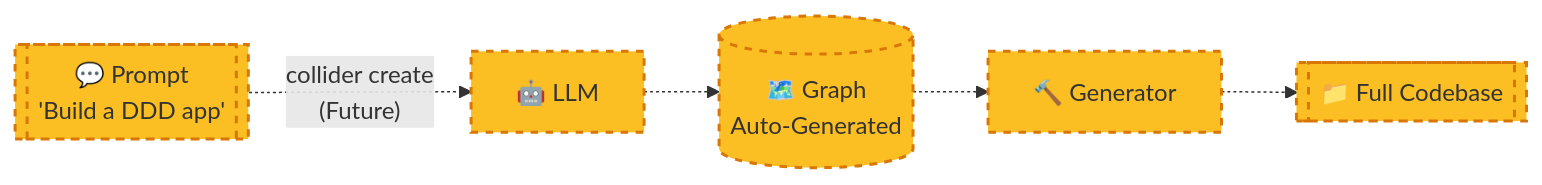
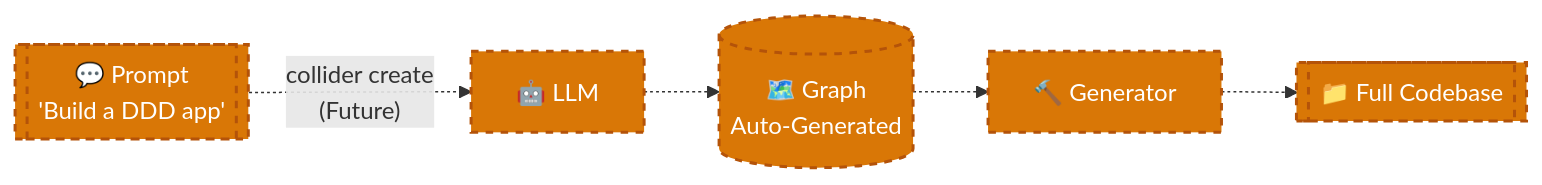
One commit to leolech14/standard-model-for-computer-language changed the second of 2 diagrams in README.md. Above: the diagram before and after it, drawn with Mermaid. The commit also changed other lines of this file, not shown here.

First line of the commit message:
style: Improve diagram color contrast

````diff
--- a/README.md
+++ b/README.md
@@ -132,11 +132,11 @@
 ```mermaid
 graph LR
     PROMPT[["💬 Prompt<br/>'Build a DDD app'"]] -.->|"collider create<br/>(Future)"| LLM["🤖 LLM"]
     LLM -.-> GRAPH[("🗺️ Graph<br/>Auto-Generated")]
     GRAPH -.-> GEN["🔨 Generator"]
     GEN -.-> CODE[["📁 Full Codebase"]]
     
-    classDef future fill:#fbbf24,stroke:#d97706,stroke-width:2px,stroke-dasharray:5 5
+    classDef future fill:#d97706,stroke:#b45309,stroke-width:2px,stroke-dasharray:5 5,color:#fff
     
     class PROMPT,LLM,GRAPH,GEN,CODE future
 ```
````
